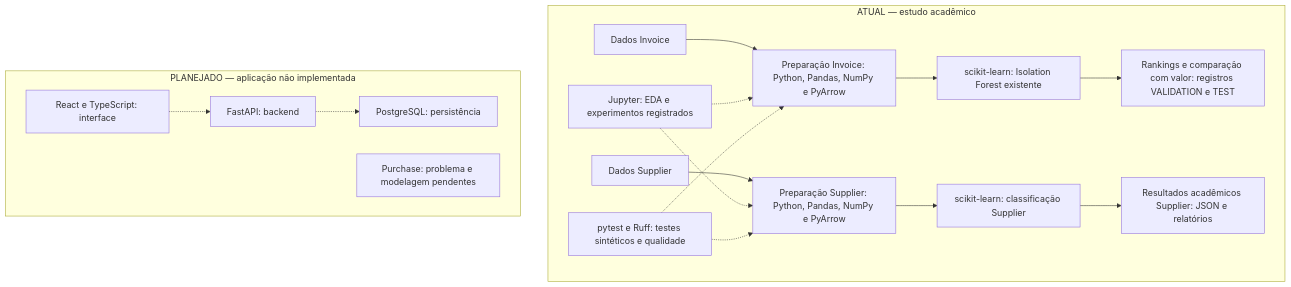
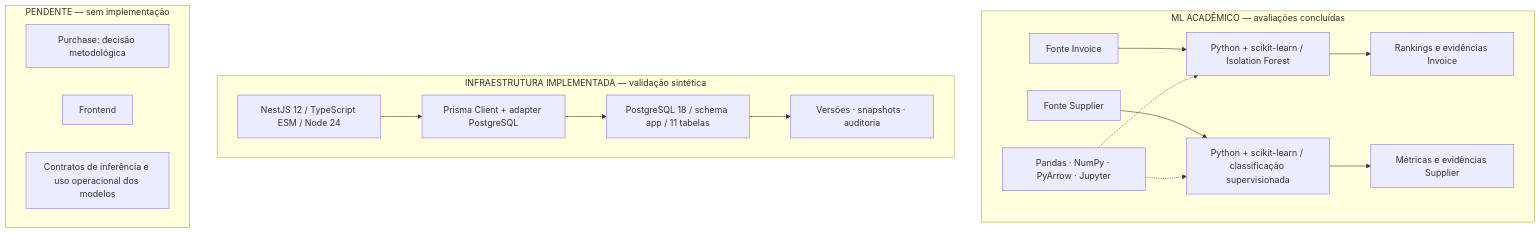
Before and after one commit to MatheusCarriero/detector-anomalias-compras: the diagram in README.md, drawn with Mermaid. The commit also changed other lines of this file and 31 other files, not shown here.

````diff
--- a/README.md
+++ b/README.md
@@ -50,20 +84,21 @@
 ```mermaid
-flowchart TD
-    subgraph atual["ATUAL — estudo acadêmico"]
-        di["Dados Invoice"] --> pi["Preparação Invoice: Python, Pandas, NumPy e PyArrow"]
-        pi --> mi["scikit-learn: Isolation Forest existente"]
-        mi --> ri["Rankings e comparação com valor: registros VALIDATION e TEST"]
-        ds["Dados Supplier"] --> ps["Preparação Supplier: Python, Pandas, NumPy e PyArrow"]
-        ps --> ms["scikit-learn: classificação Supplier"]
-        ms --> rs["Resultados acadêmicos Supplier: JSON e relatórios"]
-        j["Jupyter: EDA e experimentos registrados"] -.-> pi
-        j -.-> ps
-        q["pytest e Ruff: testes sintéticos e qualidade"] -.-> pi
-        q -.-> ps
+flowchart TB
+    subgraph estudos["ML ACADÊMICO — avaliações concluídas"]
+        inv["Fonte Invoice"] --> ife["Python + scikit-learn / Isolation Forest"]
+        ife --> ri["Rankings e evidências Invoice"]
+        sup["Fonte Supplier"] --> cls["Python + scikit-learn / classificação supervisionada"]
+        cls --> rs["Métricas e evidências Supplier"]
+        analise["Pandas · NumPy · PyArrow · Jupyter"] -.-> ife
+        analise -.-> cls
     end
-    subgraph futuro["PLANEJADO — aplicação não implementada"]
-        ui["React e TypeScript: interface"] -.-> api["FastAPI: backend"]
-        api -.-> db["PostgreSQL: persistência"]
-        purchase["Purchase: problema e modelagem pendentes"]
+    subgraph infraestrutura["INFRAESTRUTURA IMPLEMENTADA — validação sintética"]
+        nest["NestJS 12 / TypeScript ESM / Node 24"] --> client["Prisma Client + adapter PostgreSQL"]
+        client --> banco["PostgreSQL 18 / schema app / 11 tabelas"]
+        banco --> historico["Versões · snapshots · auditoria"]
+    end
+    subgraph futuro["PENDENTE — sem implementação"]
+        purchase["Purchase: decisão metodológica"]
+        interface["Frontend"]
+        integracao["Contratos de inferência e uso operacional dos modelos"]
     end
 ```
````
